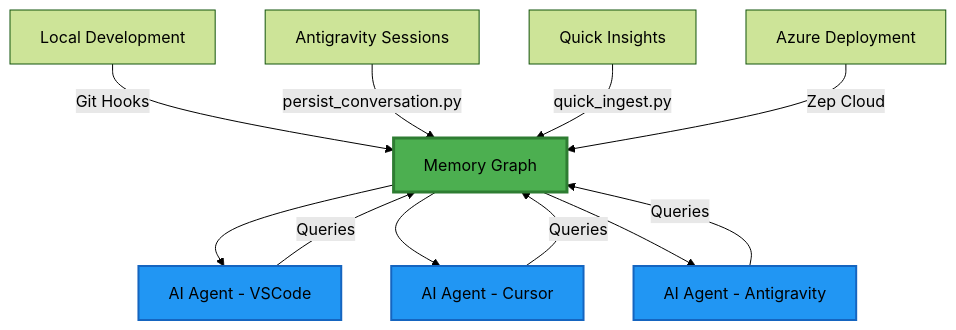
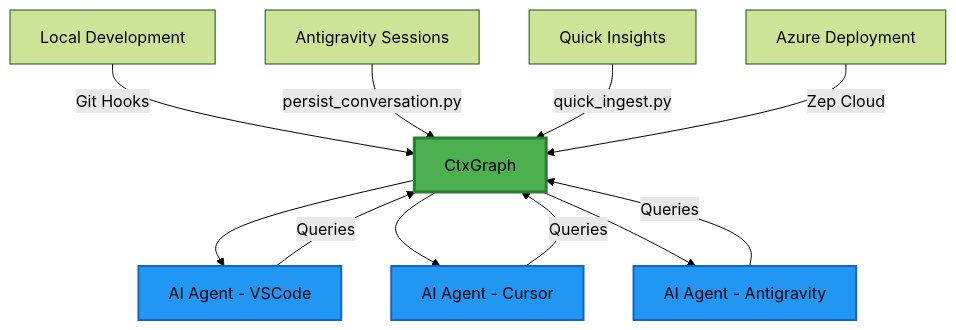
Before and after one commit to zimaxnet/engram: the diagram in docs/04-features/vibe-coding-breakthrough.md, drawn with Mermaid (forest theme). The commit also changed other lines of this file and 6 other files, not shown here.

````diff
--- a/docs/04-features/vibe-coding-breakthrough.md
+++ b/docs/04-features/vibe-coding-breakthrough.md
@@ -33,20 +33,20 @@
 ```mermaid
 graph TB
-    A[Local Development] -->|Git Hooks| B[Memory Graph]
+    A[Local Development] -->|Git Hooks| B[CtxGraph]
     C[Antigravity Sessions] -->|persist_conversation.py| B
     D[Quick Insights] -->|quick_ingest.py| B
     E[Azure Deployment] -->|Zep Cloud| B
     
     B --> F[AI Agent - VSCode]
     B --> G[AI Agent - Cursor]
     B --> H[AI Agent - Antigravity]
     
     F -->|Queries| B
     G -->|Queries| B
     H -->|Queries| B
     
     style B fill:#4CAF50,stroke:#2E7D32,stroke-width:3px
     style F fill:#2196F3,stroke:#1565C0,stroke-width:2px
     style G fill:#2196F3,stroke:#1565C0,stroke-width:2px
     style H fill:#2196F3,stroke:#1565C0,stroke-width:2px
 ```
````
